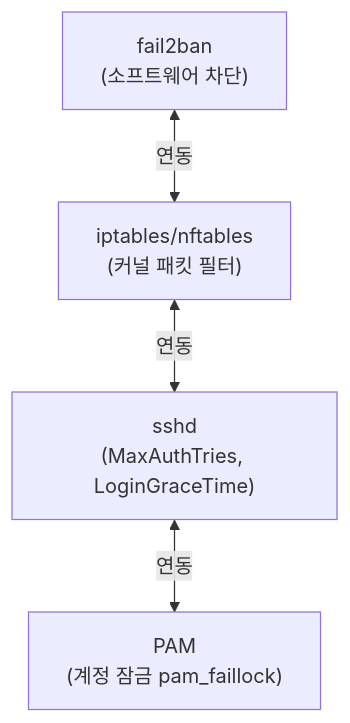
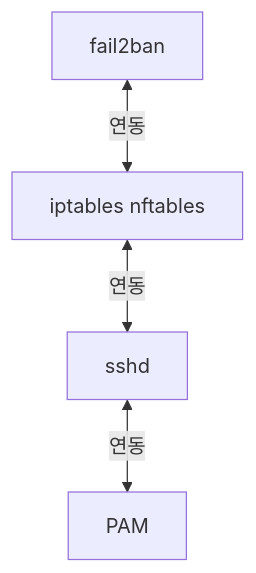
The fifth of 5 diagrams in content/linux/network-basics/ssh.md (moonblueblue/devops-wiki), drawn with Mermaid before and after one commit. The commit also changed other lines of this file and 37 other files, not shown here.

First line of the commit message:
style: linux 카테고리 ASCII 도표·Mermaid 라벨 형식 교정

````diff
--- a/content/linux/network-basics/ssh.md
+++ b/content/linux/network-basics/ssh.md
@@ -646,7 +659,7 @@
 ```mermaid
 graph TD
-    F2B["fail2ban<br/>(소프트웨어 차단)"]
-    <-->|연동| IPT["iptables/nftables<br/>(커널 패킷 필터)"]
-    <-->|연동| SSHD["sshd<br/>(MaxAuthTries, LoginGraceTime)"]
-    <-->|연동| PAM["PAM<br/>(계정 잠금 pam_faillock)"]
+    F2B["fail2ban"]
+    <-->|연동| IPT["iptables nftables"]
+    <-->|연동| SSHD["sshd"]
+    <-->|연동| PAM["PAM"]
 ```
````
